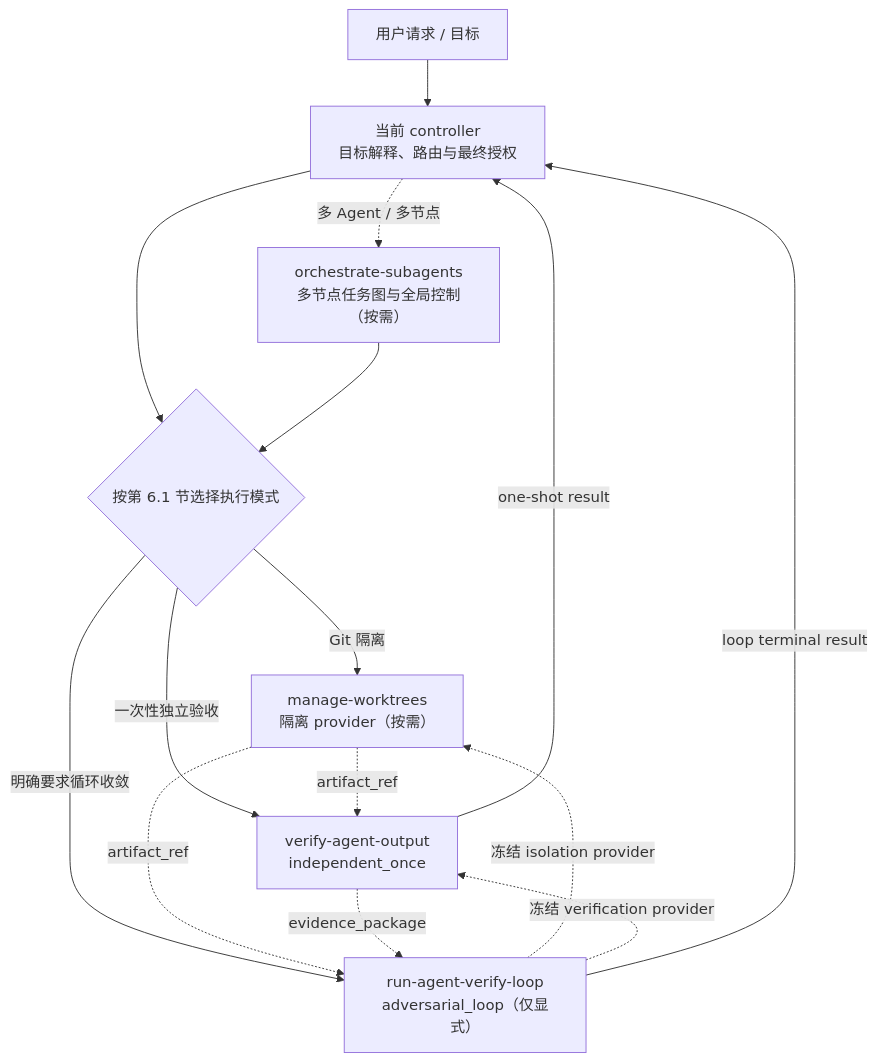
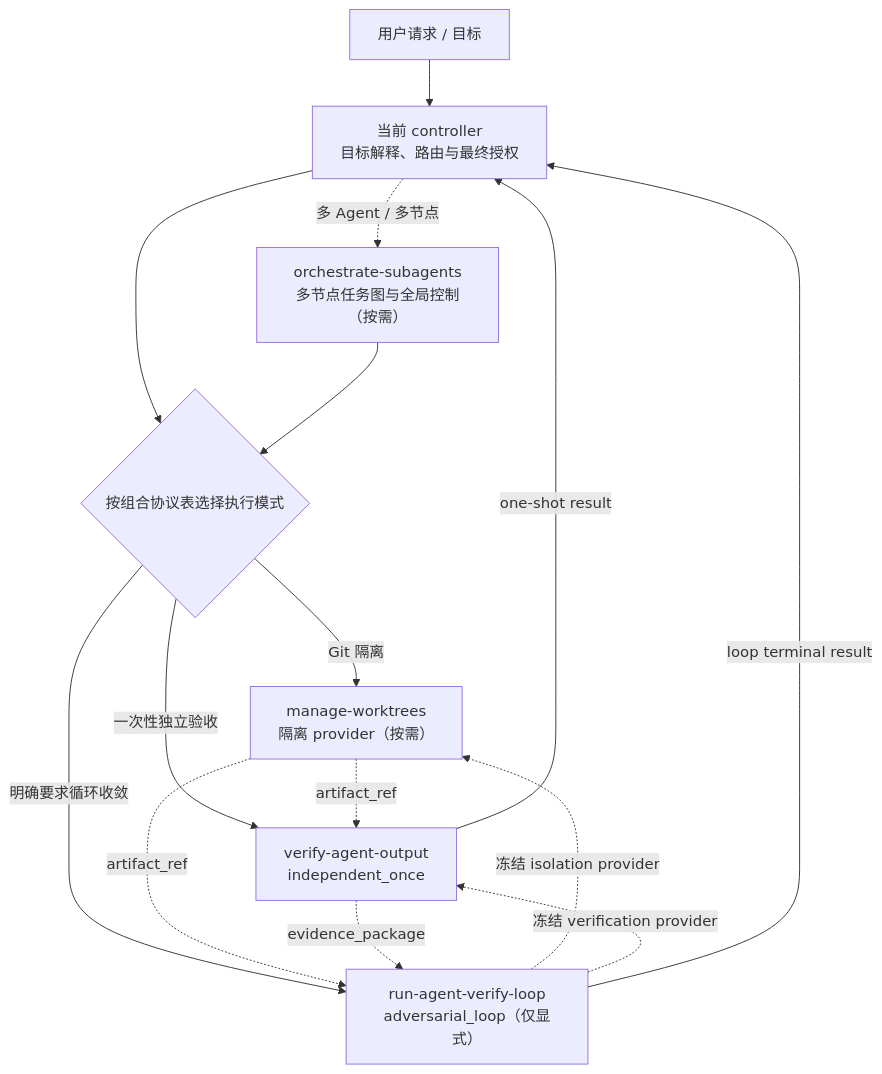
The first of 2 diagrams in docs/architecture/skill-system-architecture.md (cr1992/agentkit), drawn with Mermaid before and after one commit. The commit also changed other lines of this file, not shown here.

First line of the commit message:
docs(architecture): §6.1、§6.4 只留指针，路由判据回到 SKILL.md

```diff
--- a/docs/architecture/skill-system-architecture.md
+++ b/docs/architecture/skill-system-architecture.md
@@ -256,25 +256,25 @@
 ~~~mermaid
 flowchart TD
     U["用户请求 / 目标"]
     C["当前 controller<br/>目标解释、路由与最终授权"]
     O["orchestrate-subagents<br/>多节点任务图与全局控制（按需）"]
-    R{"按第 6.1 节选择执行模式"}
+    R{"按组合协议表选择执行模式"}
     W["manage-worktrees<br/>隔离 provider（按需）"]
     V["verify-agent-output<br/>independent_once"]
     L["run-agent-verify-loop<br/>adversarial_loop（仅显式）"]
 
     U --> C
     C -. "多 Agent / 多节点" .-> O
     C --> R
     O --> R
     R -->|"Git 隔离"| W
     R -->|"一次性独立验收"| V
     R -->|"明确要求循环收敛"| L
     L -. "冻结 isolation provider" .-> W
     L -. "冻结 verification provider" .-> V
     W -. "artifact_ref" .-> V
     W -. "artifact_ref" .-> L
     V -. "evidence_package" .-> L
     V -->|"one-shot result"| C
     L -->|"loop terminal result"| C
 ~~~
```
